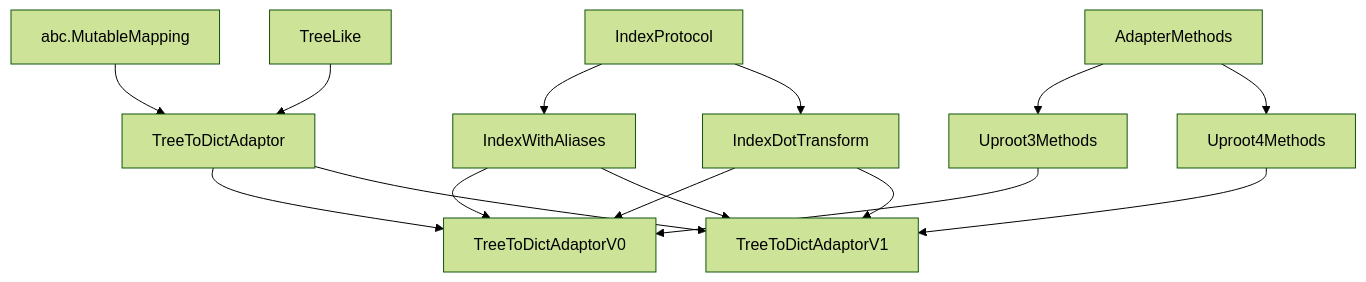
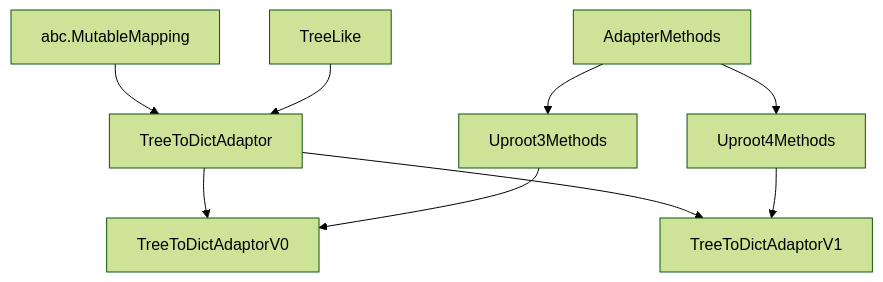
One commit to FAST-HEP/fast-carpenter changed the first of 5 diagrams in docs/UML.md. Above: the diagram before and after it, drawn with Mermaid (forest theme). The commit also changed other lines of this file, not shown here.

Commit message:
modified UML documentation for new classes

````diff
--- a/docs/UML.md
+++ b/docs/UML.md
@@ -20,19 +8,14 @@
 ```mermaid
 graph TD;
     abc.MutableMapping-->TreeToDictAdaptor;
-    IndexProtocol-->IndexWithAliases;
-    IndexProtocol-->IndexDotTransform;
+
     TreeLike-->TreeToDictAdaptor;
+    AdapterMethods-->Uproot4Methods;
     AdapterMethods-->Uproot3Methods;
-    AdapterMethods-->Uproot4Methods;
 
     TreeToDictAdaptor-->TreeToDictAdaptorV0;
-    IndexDotTransform-->TreeToDictAdaptorV0;
-    IndexWithAliases-->TreeToDictAdaptorV0;
     Uproot3Methods-->TreeToDictAdaptorV0;
 
     TreeToDictAdaptor-->TreeToDictAdaptorV1;
-    IndexDotTransform-->TreeToDictAdaptorV1;
-    IndexWithAliases-->TreeToDictAdaptorV1;
     Uproot4Methods-->TreeToDictAdaptorV1;
 ```
````
